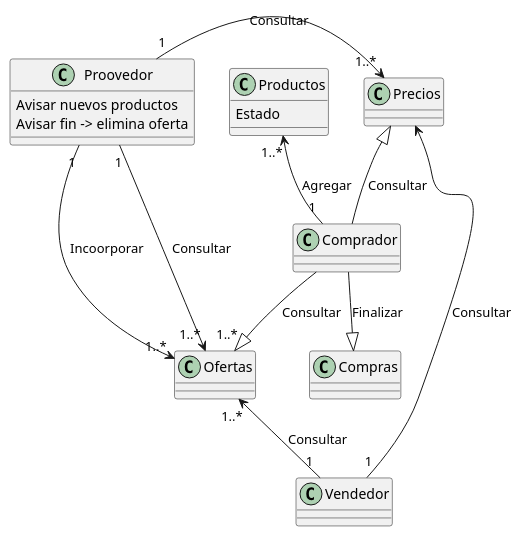
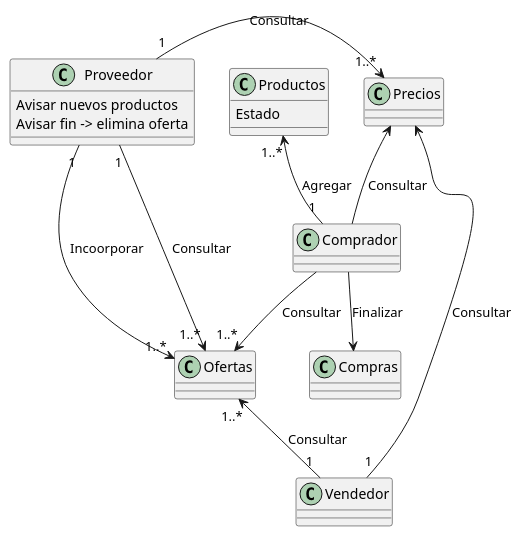
Before and after one commit to cgg734/INRE-UAL-MORADO-2022-2023: the diagram in lab1/source/SistemaComprasEntidadRelacion.puml, drawn with PlantUML. The commit also changed 1 other file, not shown here.

```diff
--- a/lab1/source/SistemaComprasEntidadRelacion.puml
+++ b/lab1/source/SistemaComprasEntidadRelacion.puml
@@ -1,23 +1,23 @@
 @startuml Sistema
 
-Class Proovedor{
+Class Proveedor{
     Avisar nuevos productos
     Avisar fin -> elimina oferta
 
 }
 
 Class Productos{
     Estado
 }
 
 
-Compras <|-up-Comprador : Finalizar
-Ofertas "1..*"<|-up-Comprador : Consultar
-Precios <|-down-Comprador : Consultar
+Compras <-up-Comprador : Finalizar
+Ofertas "1..*"<-up-Comprador : Consultar
+Precios <-down-Comprador : Consultar
 Productos "1..*"<--"1" Comprador : Agregar
-Precios "1..*"<-left-"1" Proovedor : Consultar
-Ofertas "1..*"<-up-"1" Proovedor : Consultar
-Ofertas "1..*"<--"1" Proovedor : Incoorporar
+Precios "1..*"<-left-"1" Proveedor : Consultar
+Ofertas "1..*"<-up-"1" Proveedor : Consultar
+Ofertas "1..*"<--"1" Proveedor : Incoorporar
 Precios <--"1" Vendedor : Consultar
 Ofertas "1..*"<-down-"1" Vendedor : Consultar
 @enduml
```
